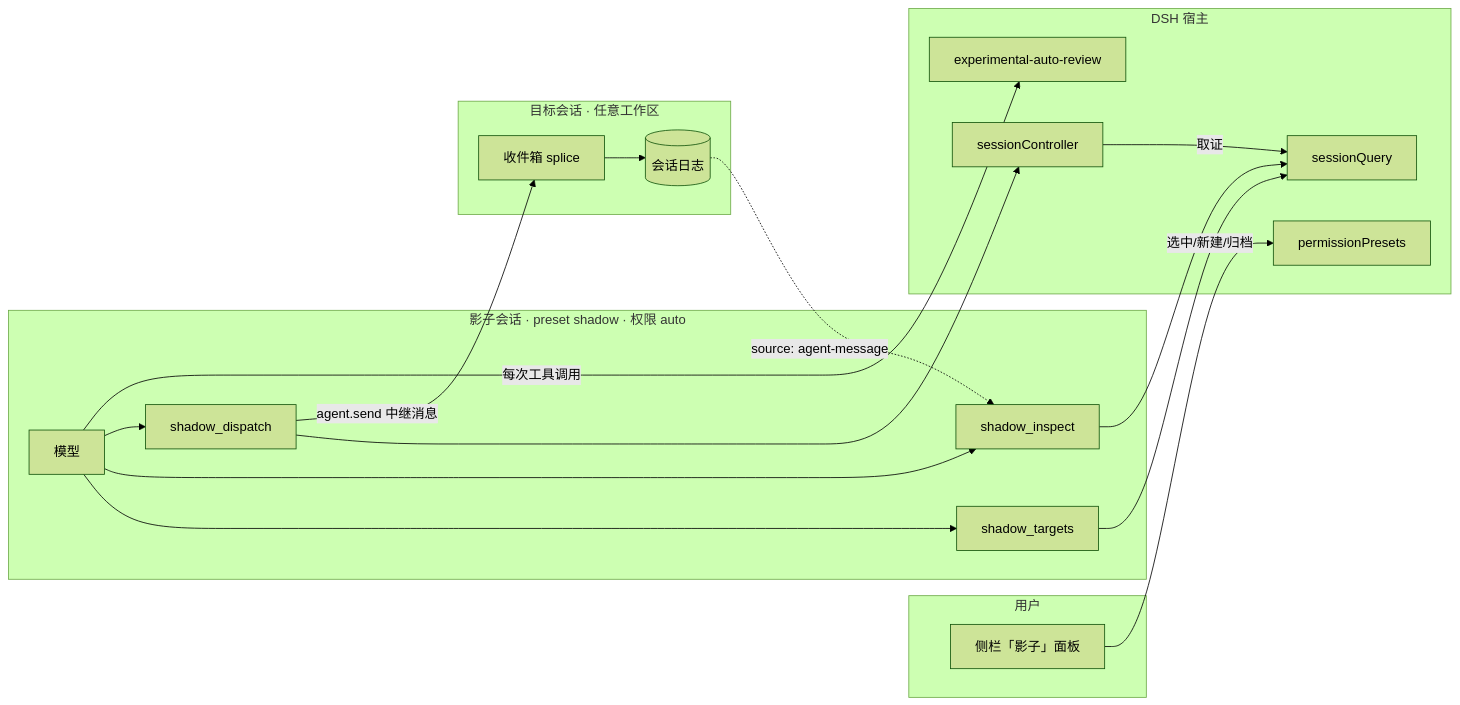
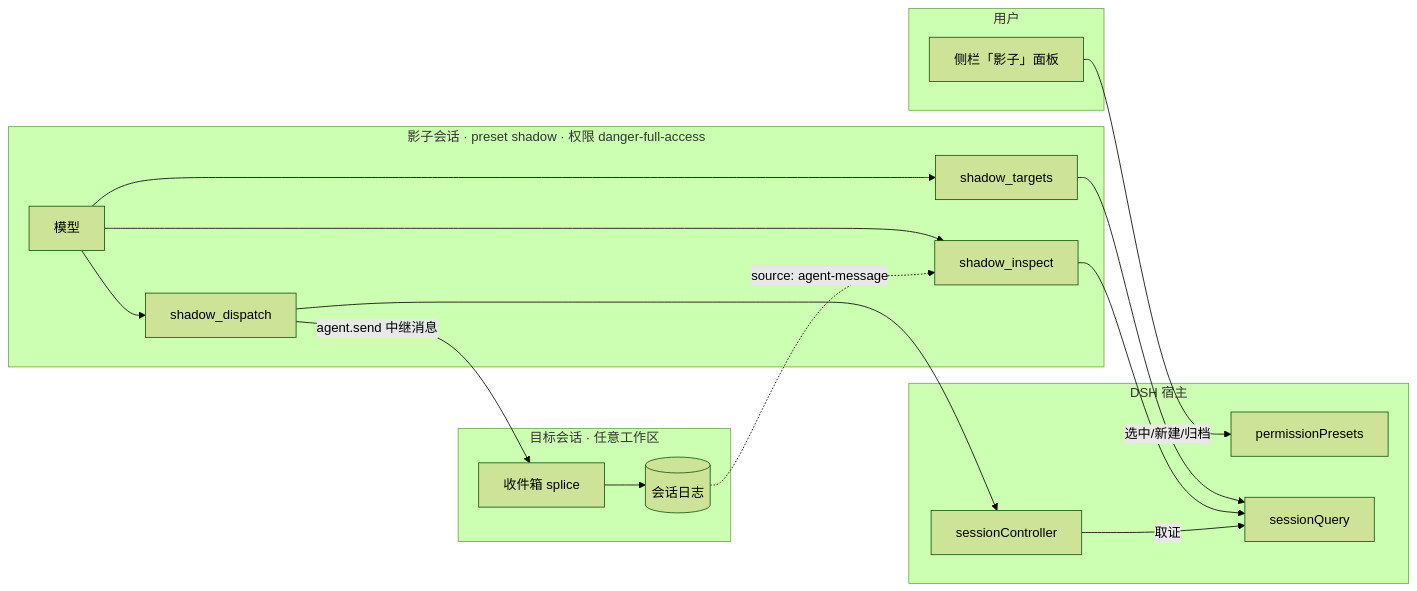
Before and after one commit to RD2100/rd-shadow: the diagram in README.md, drawn with Mermaid (forest theme). The commit also changed other lines of this file and 26 other files, not shown here.

````diff
--- a/README.md
+++ b/README.md
@@ -97,35 +102,33 @@
 ```mermaid
 flowchart LR
   subgraph 用户
     U[侧栏「影子」面板]
   end
 
-  subgraph 影子会话[影子会话 · preset shadow · 权限 auto]
+  subgraph 影子会话[影子会话 · preset shadow · 权限 danger-full-access]
     M[模型]
     T1[shadow_targets]
     T2[shadow_inspect]
     T3[shadow_dispatch]
   end
 
   subgraph 目标会话[目标会话 · 任意工作区]
     IN[收件箱 splice]
     LOG[(会话日志)]
   end
 
   subgraph 宿主[DSH 宿主]
     PP[permissionPresets]
     SQ[sessionQuery]
     SC[sessionController]
-    AR[experimental-auto-review]
   end
 
   U -->|选中/新建/归档| PP
   M --> T1 --> SQ
   M --> T2 --> SQ
   M --> T3 --> SC
   T3 -->|agent.send 中继消息| IN
   IN --> LOG
   SC -->|取证| SQ
   LOG -.->|source: agent-message| T2
-  M -->|每次工具调用| AR
 ```
````
